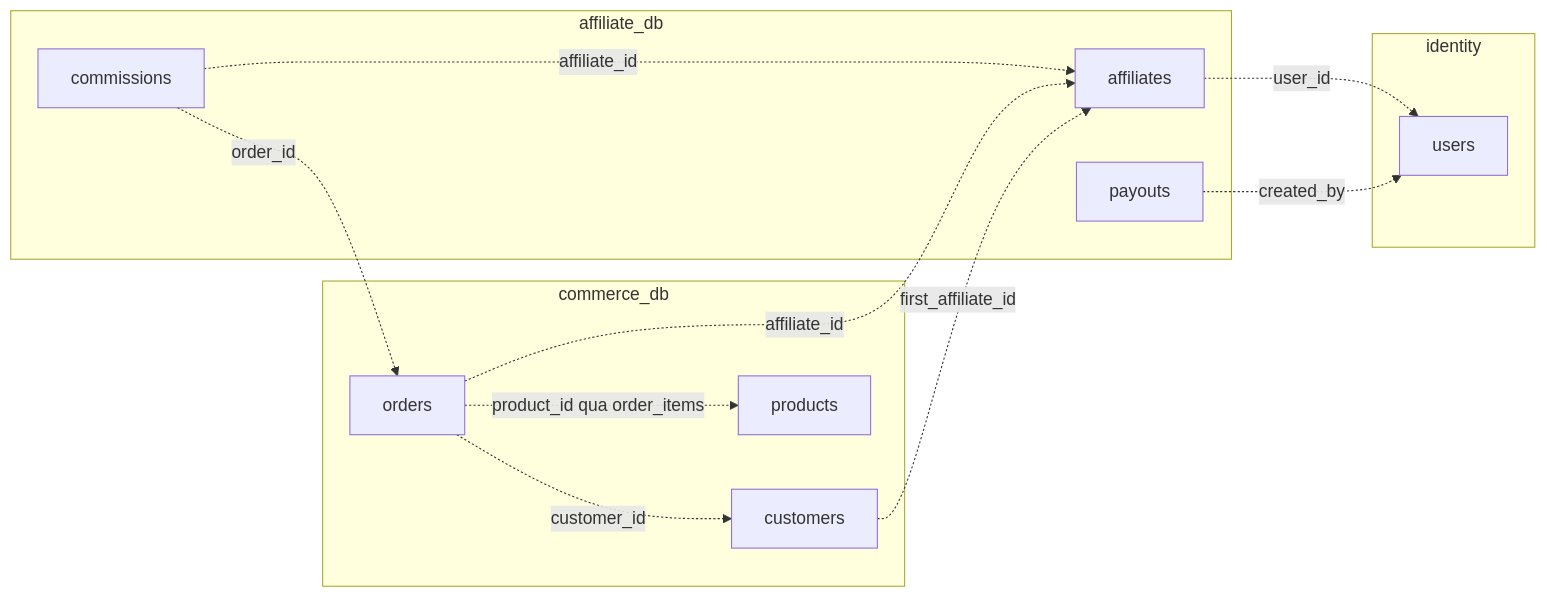
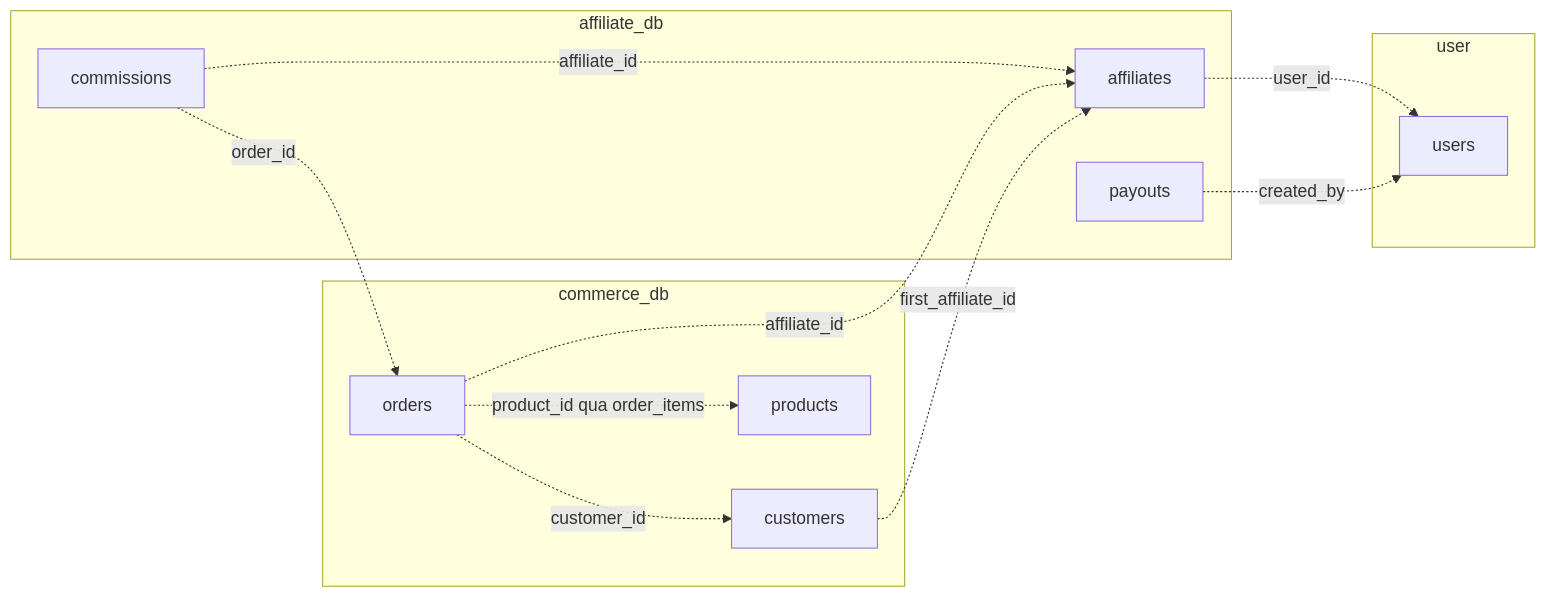
One commit to Vietnguyen203/PhucViFood changed the fourth of 4 diagrams in BE/docs/database.md. Above: the diagram before and after it, drawn with Mermaid. The commit also changed other lines of this file and 14 other files, not shown here.

First line of the commit message:
Đổi tên service identity thành user

````diff
--- a/BE/docs/database.md
+++ b/BE/docs/database.md
@@ -182,24 +182,24 @@
 ```mermaid
 flowchart LR
-  subgraph identity
+  subgraph user
     users
   end
   subgraph affiliate_db
     affiliates
     commissions
     payouts
   end
   subgraph commerce_db
     orders
     customers
     products
   end
   affiliates -. user_id .-> users
   payouts -. created_by .-> users
   commissions -. order_id .-> orders
   commissions -. affiliate_id .-> affiliates
   orders -. affiliate_id .-> affiliates
   orders -. customer_id .-> customers
   orders -. product_id qua order_items .-> products
   customers -. first_affiliate_id .-> affiliates
 ```
````
